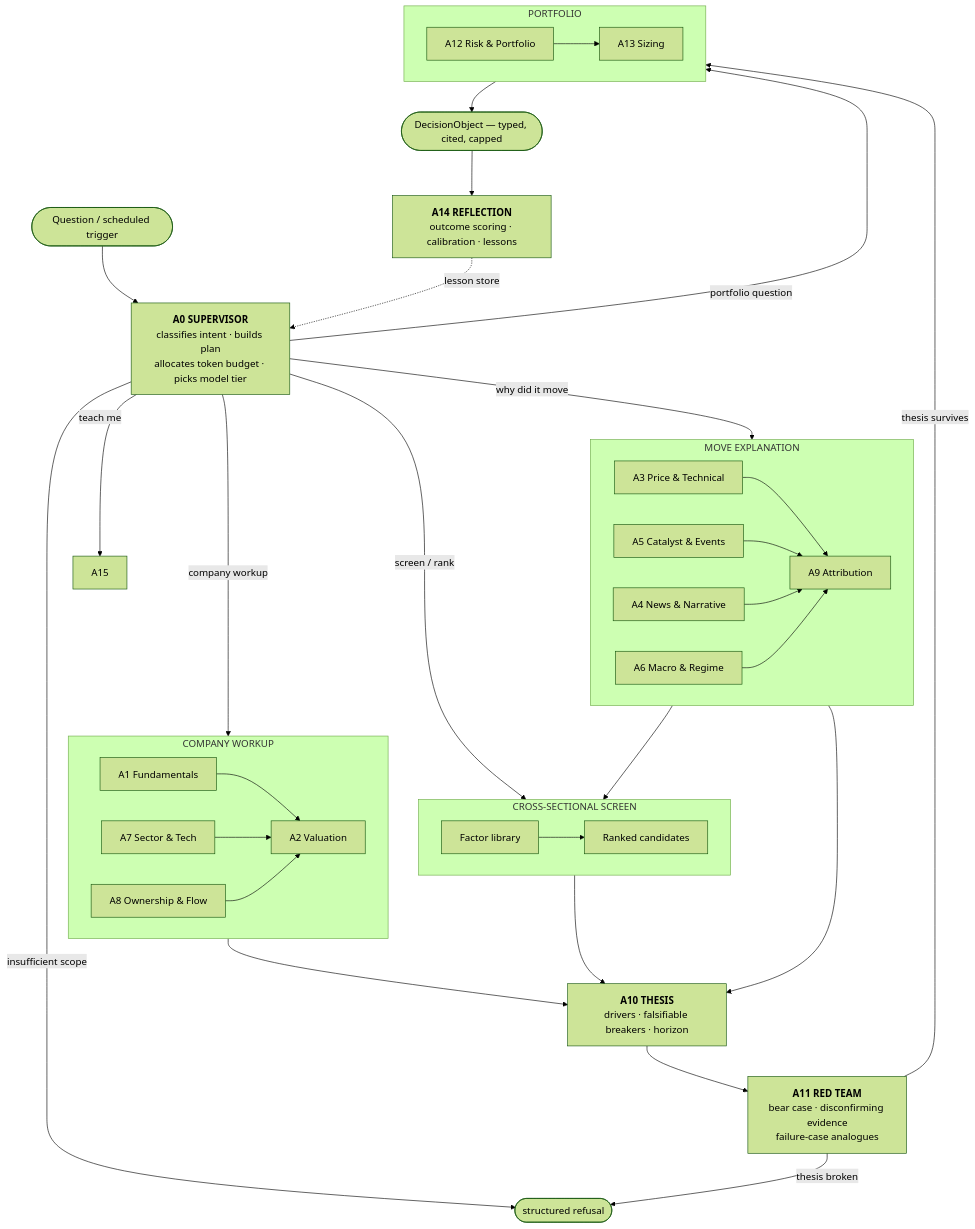
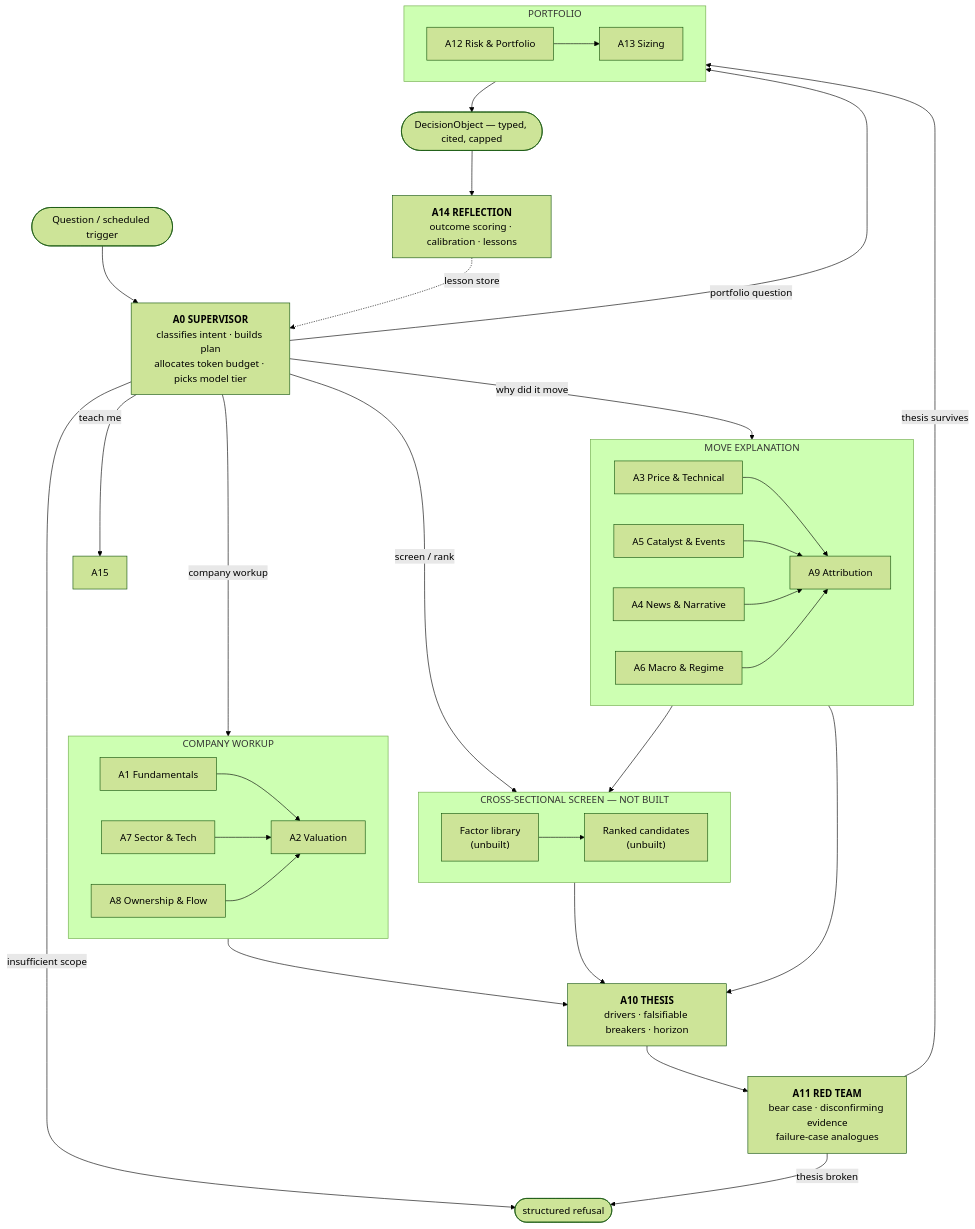
The second of 7 diagrams in docs/01-SYSTEM-ARCHITECTURE.md (fangrhui040527/finance-agent), drawn with Mermaid (forest theme) before and after one commit. The commit also changed other lines of this file and 6 other files, not shown here.

````diff
--- a/docs/01-SYSTEM-ARCHITECTURE.md
+++ b/docs/01-SYSTEM-ARCHITECTURE.md
@@ -125,50 +133,50 @@
 ```mermaid
 flowchart TD
     Q(["Question / scheduled trigger"]) --> A0
 
     A0["<b>A0 SUPERVISOR</b><br/>classifies intent · builds plan<br/>allocates token budget · picks model tier"]
 
     A0 -->|"company workup"| FUND
     A0 -->|"why did it move"| MOVE
     A0 -->|"screen / rank"| SCREEN
     A0 -->|"portfolio question"| PORTQ
     A0 -->|"teach me"| A15
     A0 -->|"insufficient scope"| REFUSE(["structured refusal"])
 
     subgraph FUND["COMPANY WORKUP"]
         direction LR
         A1["A1 Fundamentals"] --> A2["A2 Valuation"]
         A7["A7 Sector &amp; Tech"] --> A2
         A8["A8 Ownership &amp; Flow"] --> A2
     end
 
     subgraph MOVE["MOVE EXPLANATION"]
         direction LR
         A3["A3 Price &amp; Technical"] --> A9["A9 Attribution"]
         A5["A5 Catalyst &amp; Events"] --> A9
         A4["A4 News &amp; Narrative"] --> A9
         A6["A6 Macro &amp; Regime"] --> A9
     end
 
-    subgraph SCREEN["CROSS-SECTIONAL SCREEN"]
+    subgraph SCREEN["CROSS-SECTIONAL SCREEN — NOT BUILT"]
         direction LR
-        FACT["Factor library"] --> RANK["Ranked candidates"]
+        FACT["Factor library<br/>(unbuilt)"] --> RANK["Ranked candidates<br/>(unbuilt)"]
         A6 --> RANK
     end
 
     subgraph PORTQ["PORTFOLIO"]
         direction LR
         A12["A12 Risk &amp; Portfolio"] --> A13["A13 Sizing"]
     end
 
     FUND --> A10
     MOVE --> A10
     SCREEN --> A10
     A10["<b>A10 THESIS</b><br/>drivers · falsifiable breakers · horizon"]
     A10 --> A11["<b>A11 RED TEAM</b><br/>bear case · disconfirming evidence<br/>failure-case analogues"]
     A11 -->|"thesis survives"| A12
     A11 -->|"thesis broken"| REFUSE
     A13 --> DEC(["DecisionObject — typed, cited, capped"])
     DEC --> A14["<b>A14 REFLECTION</b><br/>outcome scoring · calibration · lessons"]
     A14 -.->|"lesson store"| A0
 ```
````
